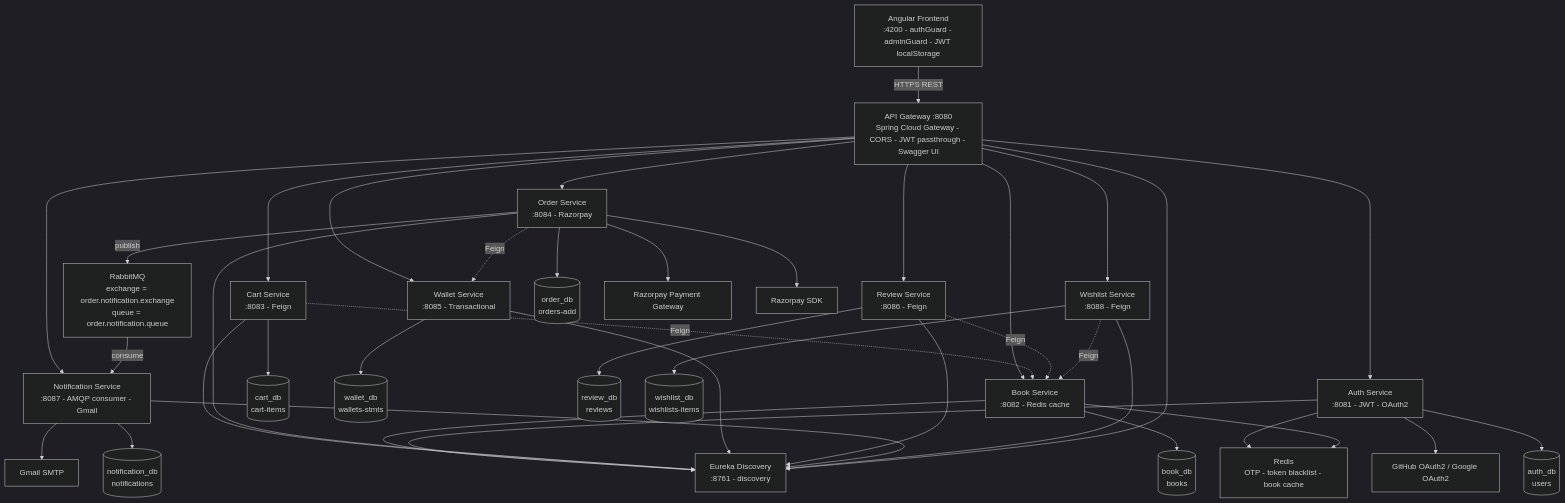
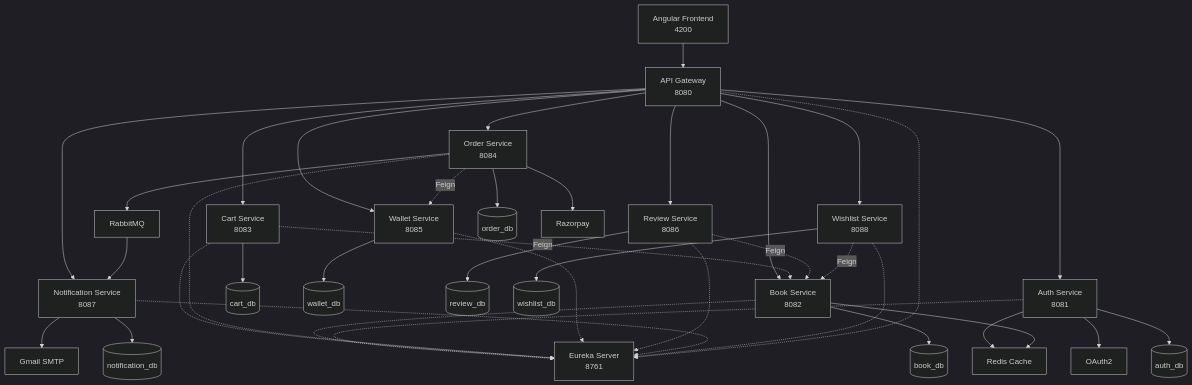
One commit to aryannn03/2215000373 changed the diagram in README.md. Above: the diagram before and after it, drawn with Mermaid (dark theme). The commit also changed other lines of this file, not shown here.

````diff
--- a/README.md
+++ b/README.md
@@ -20,49 +2,46 @@
 flowchart TB
 
 %% ================= FRONTEND =================
-FE[Angular Frontend<br/>:4200 - authGuard - adminGuard - JWT localStorage]
+FE[Angular Frontend<br/>4200]
 
 %% ================= GATEWAY =================
-GW[API Gateway :8080<br/>Spring Cloud Gateway - CORS - JWT passthrough - Swagger UI]
+GW[API Gateway<br/>8080]
 
 %% ================= DISCOVERY =================
-EU[Eureka Discovery<br/>:8761 - discovery]
+EU[Eureka Server<br/>8761]
 
 %% ================= MICROSERVICES =================
-AUTH[Auth Service<br/>:8081 - JWT - OAuth2]
-BOOK[Book Service<br/>:8082 - Redis cache]
-CART[Cart Service<br/>:8083 - Feign]
-ORDER[Order Service<br/>:8084 - Razorpay]
-WALLET[Wallet Service<br/>:8085 - Transactional]
-REVIEW[Review Service<br/>:8086 - Feign]
-NOTIF[Notification Service<br/>:8087 - AMQP consumer - Gmail]
-WISH[Wishlist Service<br/>:8088 - Feign]
+AUTH[Auth Service<br/>8081]
+BOOK[Book Service<br/>8082]
+CART[Cart Service<br/>8083]
+ORDER[Order Service<br/>8084]
+WALLET[Wallet Service<br/>8085]
+REVIEW[Review Service<br/>8086]
+NOTIF[Notification Service<br/>8087]
+WISH[Wishlist Service<br/>8088]
 
-%% ================= MESSAGE BROKER =================
-RABBIT[RabbitMQ<br/>exchange = order.notification.exchange<br/>queue = order.notification.queue]
-
-%% ================= CACHE =================
-REDIS[Redis<br/>OTP - token blacklist - book cache]
+%% ================= MESSAGING =================
+RABBIT[RabbitMQ]
+REDIS[Redis Cache]
 
 %% ================= DATABASES =================
-AUTHDB[(auth_db<br/>users)]
-BOOKDB[(book_db<br/>books)]
-CARTDB[(cart_db<br/>cart-items)]
-ORDERDB[(order_db<br/>orders-add)]
-WALLETDB[(wallet_db<br/>wallets-stmts)]
-REVIEWDB[(review_db<br/>reviews)]
-WISHDB[(wishlist_db<br/>wishlists-items)]
-NOTIFDB[(notification_db<br/>notifications)]
+AUTHDB[(auth_db)]
+BOOKDB[(book_db)]
+CARTDB[(cart_db)]
+ORDERDB[(order_db)]
+WALLETDB[(wallet_db)]
+REVIEWDB[(review_db)]
+WISHDB[(wishlist_db)]
+NOTIFDB[(notification_db)]
 
-%% ================= EXTERNAL SERVICES =================
-GOOGLE[GitHub OAuth2 / Google OAuth2]
-RAZOR[Razorpay Payment Gateway]
+%% ================= EXTERNAL =================
+GOOGLE[OAuth2]
+RAZOR[Razorpay]
 SMTP[Gmail SMTP]
-SDK[Razorpay SDK]
 
-%% ================= CONNECTIONS =================
+%% ================= FLOW =================
 
-FE -->|HTTPS REST| GW
+FE --> GW
 
 GW --> AUTH
 GW --> BOOK
@@ -73,18 +52,18 @@
 GW --> NOTIF
 GW --> WISH
 
-AUTH --> EU
-BOOK --> EU
-CART --> EU
-ORDER --> EU
-WALLET --> EU
-REVIEW --> EU
-NOTIF --> EU
-WISH --> EU
-GW --> EU
+%% Eureka
+AUTH -.-> EU
+BOOK -.-> EU
+CART -.-> EU
+ORDER -.-> EU
+WALLET -.-> EU
+REVIEW -.-> EU
+NOTIF -.-> EU
+WISH -.-> EU
+GW -.-> EU
 
-%% ================= DATABASE CONNECTIONS =================
-
+%% Databases
 AUTH --> AUTHDB
 BOOK --> BOOKDB
 CART --> CARTDB
@@ -94,27 +73,22 @@
 WISH --> WISHDB
 NOTIF --> NOTIFDB
 
-%% ================= REDIS =================
-
+%% Redis
 AUTH --> REDIS
 BOOK --> REDIS
 
-%% ================= FEIGN =================
+%% RabbitMQ
+ORDER --> RABBIT
+RABBIT --> NOTIF
 
+%% Feign
 CART -. Feign .-> BOOK
 REVIEW -. Feign .-> BOOK
 WISH -. Feign .-> BOOK
 ORDER -. Feign .-> WALLET
 
-%% ================= RABBITMQ =================
-
-ORDER -->|publish| RABBIT
-RABBIT -->|consume| NOTIF
-
-%% ================= EXTERNAL SERVICES =================
-
+%% External Services
 AUTH --> GOOGLE
 ORDER --> RAZOR
-ORDER --> SDK
 NOTIF --> SMTP
 ```
````
